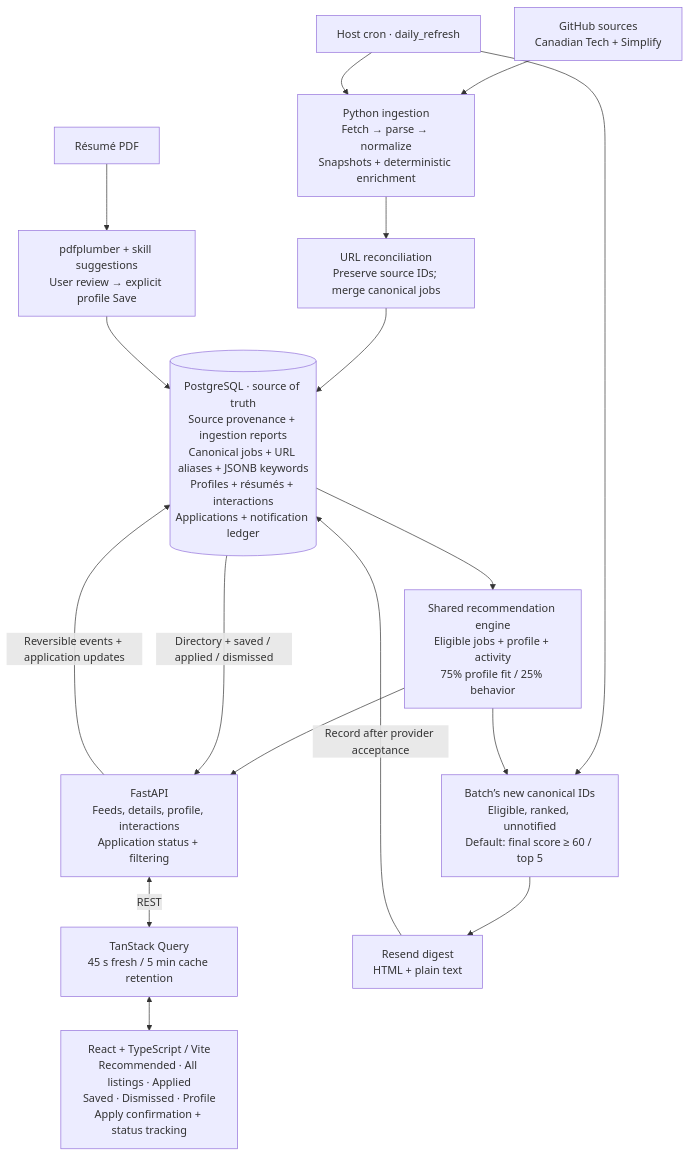
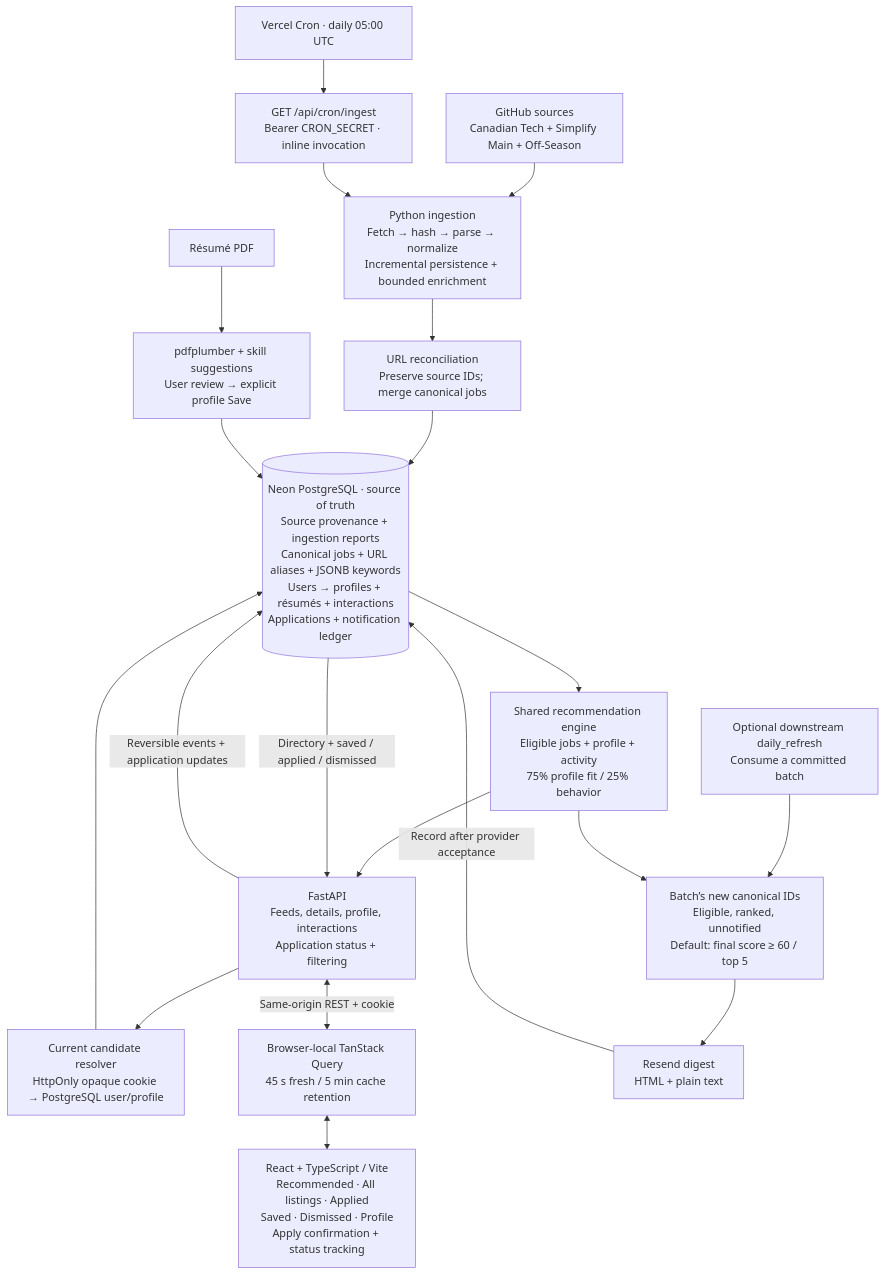
Before and after one commit to aymaanalamgir/internshipfeed: the diagram in README.md, drawn with Mermaid. The commit also changed other lines of this file and 44 other files, not shown here.

Commit message:
cron + user db

````diff
--- a/README.md
+++ b/README.md
@@ -19,23 +19,26 @@
 ```mermaid
 flowchart TB
-    sources["GitHub sources<br/>Canadian Tech + Simplify"]
-    sources --> ingest["Python ingestion<br/>Fetch → parse → normalize<br/>Snapshots + deterministic enrichment"]
+    sources["GitHub sources<br/>Canadian Tech + Simplify Main + Off-Season"]
+    sources --> ingest["Python ingestion<br/>Fetch → hash → parse → normalize<br/>Incremental persistence + bounded enrichment"]
     ingest --> reconcile["URL reconciliation<br/>Preserve source IDs; merge canonical jobs"]
-    reconcile --> db[("PostgreSQL · source of truth<br/>Source provenance + ingestion reports<br/>Canonical jobs + URL aliases + JSONB keywords<br/>Profiles + résumés + interactions<br/>Applications + notification ledger")]
+    reconcile --> db[("Neon PostgreSQL · source of truth<br/>Source provenance + ingestion reports<br/>Canonical jobs + URL aliases + JSONB keywords<br/>Users → profiles + résumés + interactions<br/>Applications + notification ledger")]
 
     pdf["Résumé PDF"] --> skills["pdfplumber + skill suggestions<br/>User review → explicit profile Save"]
     skills --> db
 
     db --> rank["Shared recommendation engine<br/>Eligible jobs + profile + activity<br/>75% profile fit / 25% behavior"]
     rank --> api["FastAPI<br/>Feeds, details, profile, interactions<br/>Application status + filtering"]
     db -->|"Directory + saved / applied / dismissed"| api
-    api <-->|"REST"| cache["TanStack Query<br/>45 s fresh / 5 min cache retention"]
+    api --> session["Current candidate resolver<br/>HttpOnly opaque cookie → PostgreSQL user/profile"]
+    session --> db
+    api <-->|"Same-origin REST + cookie"| cache["Browser-local TanStack Query<br/>45 s fresh / 5 min cache retention"]
     cache <--> ui["React + TypeScript / Vite<br/>Recommended · All listings · Applied<br/>Saved · Dismissed · Profile<br/>Apply confirmation + status tracking"]
     api -->|"Reversible events + application updates"| db
 
-    cron["Host cron · daily_refresh"] --> ingest
-    cron --> digest["Batch’s new canonical IDs<br/>Eligible, ranked, unnotified<br/>Default: final score ≥ 60 / top 5"]
+    cron["Vercel Cron · daily 05:00 UTC"] --> secure["GET /api/cron/ingest<br/>Bearer CRON_SECRET · inline invocation"]
+    secure --> ingest
+    optional["Optional downstream daily_refresh<br/>Consume a committed batch"] --> digest["Batch’s new canonical IDs<br/>Eligible, ranked, unnotified<br/>Default: final score ≥ 60 / top 5"]
     rank --> digest
     digest --> email["Resend digest<br/>HTML + plain text"]
     email -->|"Record after provider acceptance"| db
 ```
````
